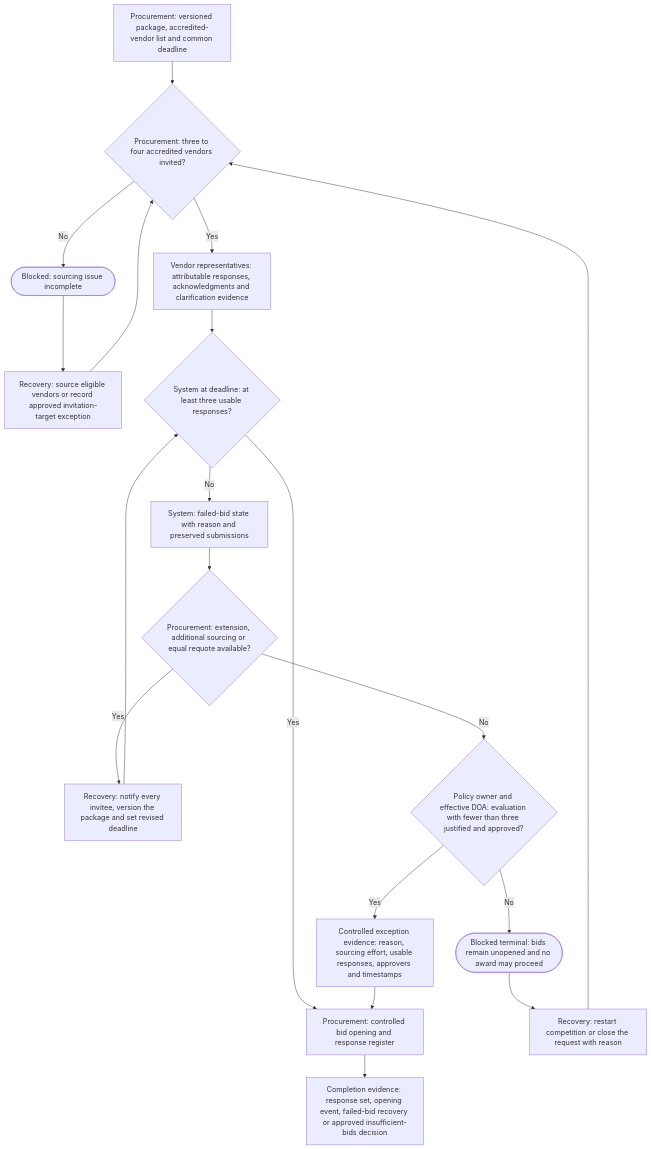
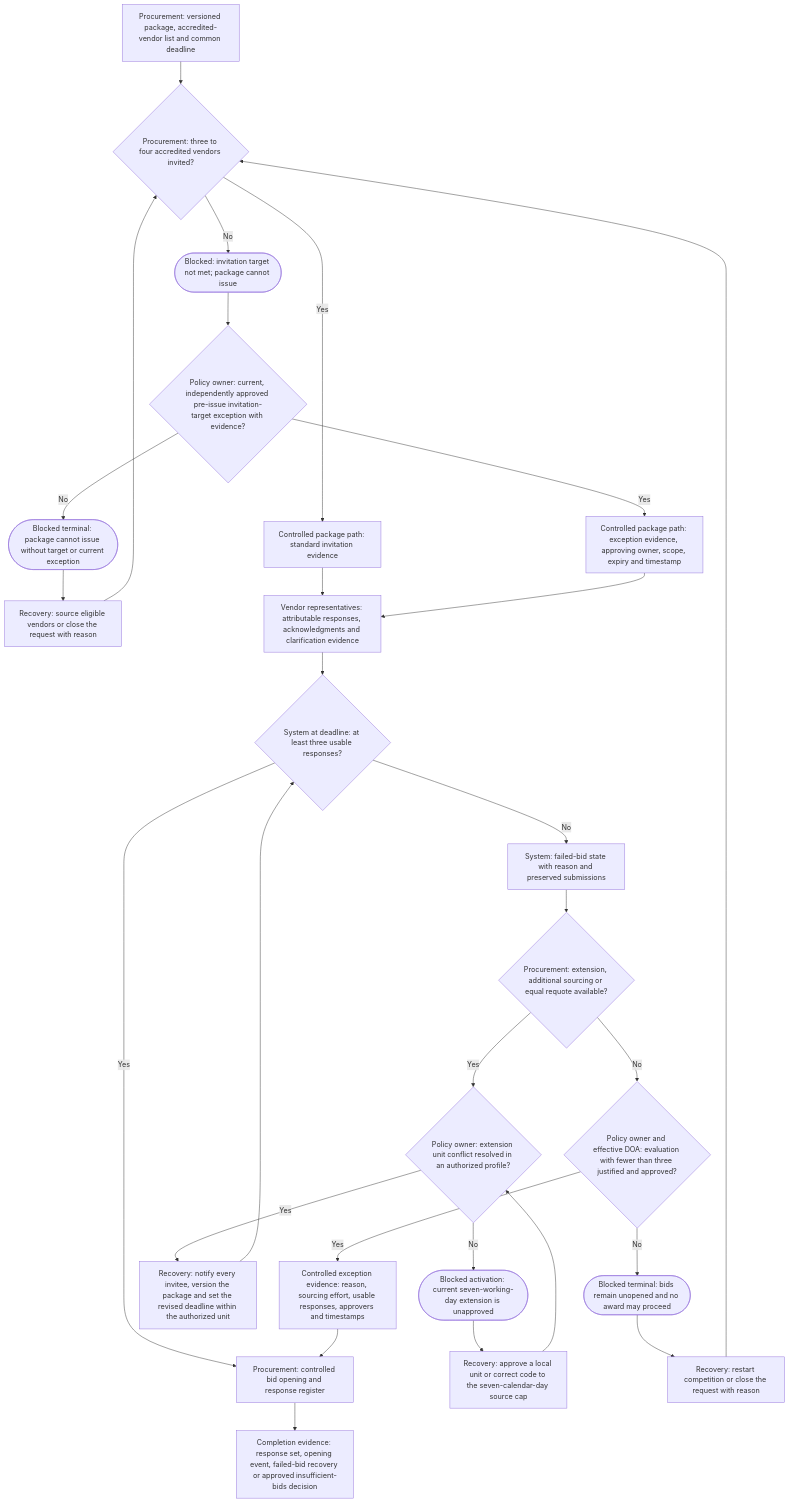
One commit to normanwashere/mwell-intra changed the fourth of 8 diagrams in docs/PROCESS_REFERENCE_LIBRARY.md. Above: the diagram before and after it, drawn with Mermaid. The commit also changed other lines of this file and 9 other files, not shown here.

````diff
--- a/docs/PROCESS_REFERENCE_LIBRARY.md
+++ b/docs/PROCESS_REFERENCE_LIBRARY.md
@@ -110,21 +112,30 @@
 ```mermaid
 flowchart TD
   A[Procurement: versioned package, accredited-vendor list and common deadline] --> B{Procurement: three to four accredited vendors invited?}
-  B -->|No| BX([Blocked: sourcing issue incomplete])
-  BX --> BR[Recovery: source eligible vendors or record approved invitation-target exception]
+  B -->|Yes| PS[Controlled package path: standard invitation evidence]
+  B -->|No| BX([Blocked: invitation target not met; package cannot issue])
+  BX --> X{Policy owner: current, independently approved pre-issue invitation-target exception with evidence?}
+  X -->|Yes| PE[Controlled package path: exception evidence, approving owner, scope, expiry and timestamp]
+  X -->|No| BT([Blocked terminal: package cannot issue without target or current exception])
+  BT --> BR[Recovery: source eligible vendors or close the request with reason]
   BR --> B
-  B -->|Yes| C[Vendor representatives: attributable responses, acknowledgments and clarification evidence]
+  PS --> C[Vendor representatives: attributable responses, acknowledgments and clarification evidence]
+  PE --> C
   C --> D{System at deadline: at least three usable responses?}
   D -->|Yes| E[Procurement: controlled bid opening and response register]
   D -->|No| F[System: failed-bid state with reason and preserved submissions]
   F --> G{Procurement: extension, additional sourcing or equal requote available?}
-  G -->|Yes| H[Recovery: notify every invitee, version the package and set revised deadline]
+  G -->|Yes| U{Policy owner: extension unit conflict resolved in an authorized profile?}
+  U -->|No| UX([Blocked activation: current seven-working-day extension is unapproved])
+  UX --> UR[Recovery: approve a local unit or correct code to the seven-calendar-day source cap]
+  UR --> U
+  U -->|Yes| H[Recovery: notify every invitee, version the package and set the revised deadline within the authorized unit]
   H --> D
   G -->|No| I{Policy owner and effective DOA: evaluation with fewer than three justified and approved?}
   I -->|No| IX([Blocked terminal: bids remain unopened and no award may proceed])
   IX --> IR[Recovery: restart competition or close the request with reason]
   IR --> B
   I -->|Yes| J[Controlled exception evidence: reason, sourcing effort, usable responses, approvers and timestamps]
   J --> E
   E --> K[Completion evidence: response set, opening event, failed-bid recovery or approved insufficient-bids decision]
 ```
````
